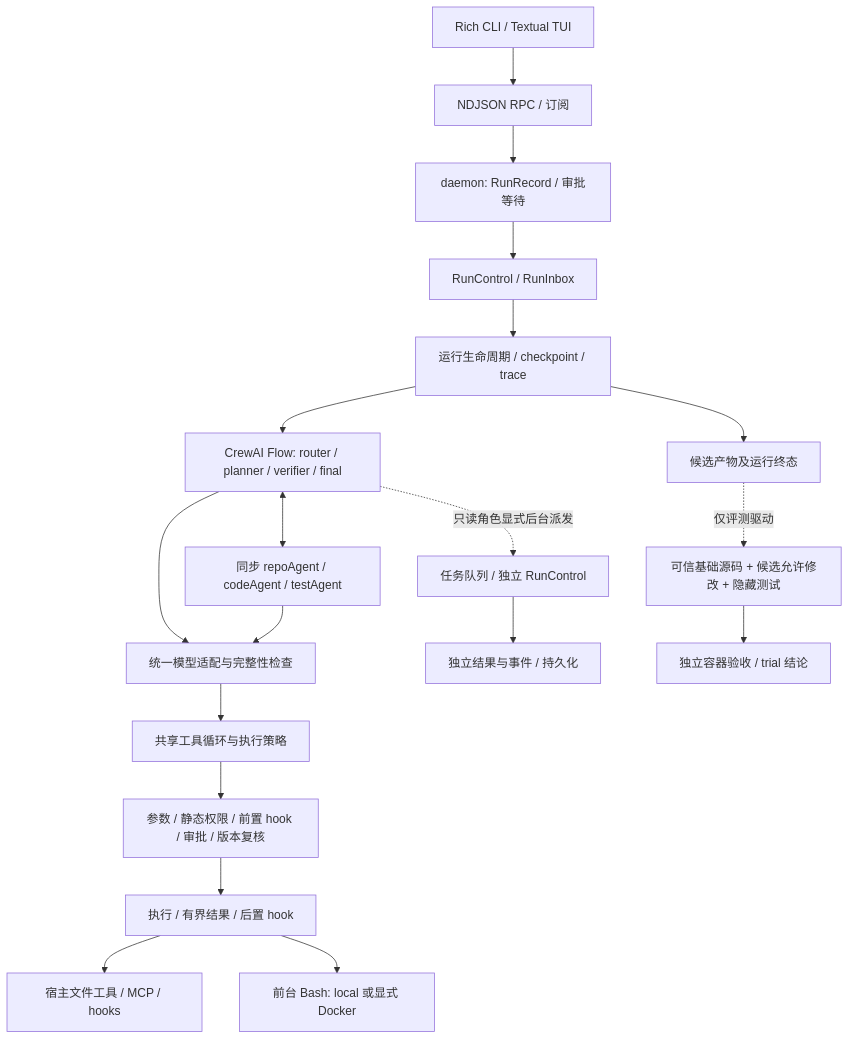
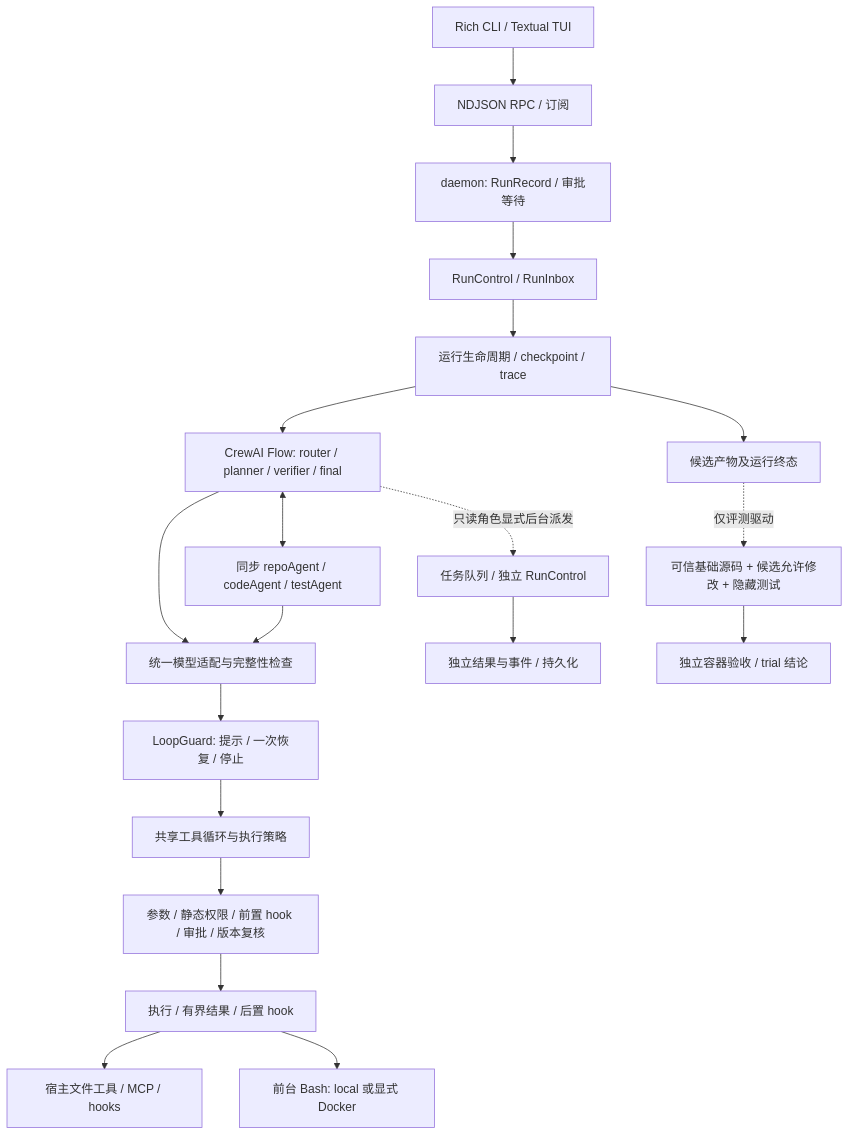
Before and after one commit to nicedream18/CodeAgent: the diagram in docs/internship/showcase/architecture.md, drawn with Mermaid. The commit also changed other lines of this file and 66 other files, not shown here.

````diff
--- a/docs/internship/showcase/architecture.md
+++ b/docs/internship/showcase/architecture.md
@@ -5,21 +5,22 @@
 ```mermaid
 flowchart TB
     U[Rich CLI / Textual TUI] --> I[NDJSON RPC / 订阅]
     I --> D[daemon: RunRecord / 审批等待]
     D --> C[RunControl / RunInbox]
     C --> L[运行生命周期 / checkpoint / trace]
     L --> G[CrewAI Flow: router / planner / verifier / final]
     G <--> S[同步 repoAgent / codeAgent / testAgent]
     G --> M[统一模型适配与完整性检查]
     S --> M
-    M --> T[共享工具循环与执行策略]
+    M --> LG[LoopGuard: 提示 / 一次恢复 / 停止]
+    LG --> T[共享工具循环与执行策略]
     T --> P[参数 / 静态权限 / 前置 hook / 审批 / 版本复核]
     P --> X[执行 / 有界结果 / 后置 hook]
     X --> H[宿主文件工具 / MCP / hooks]
     X --> B[前台 Bash: local 或显式 Docker]
     G -.只读角色显式后台派发.-> Q[任务队列 / 独立 RunControl]
     Q --> A[独立结果与事件 / 持久化]
     L --> O[候选产物及运行终态]
     O -.仅评测驱动.-> E[可信基础源码 + 候选允许修改 + 隐藏测试]
     E --> F[独立容器验收 / trial 结论]
 ```
````
